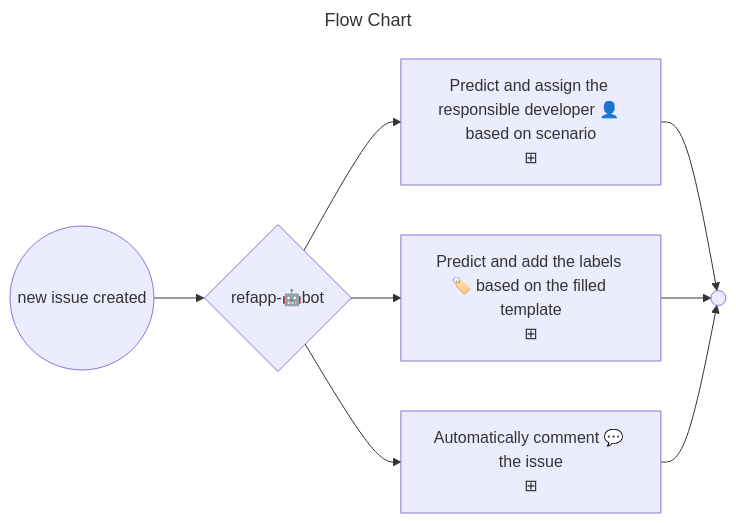
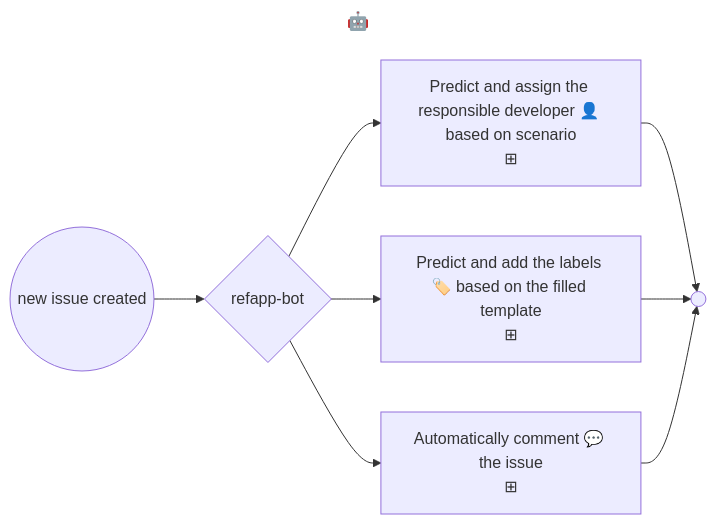
Before and after one commit to ejazsyed/validation-issue: the diagram in README.md, drawn with Mermaid.

Commit message:
issu-bot

````diff
--- a/README.md
+++ b/README.md
@@ -6,13 +6,13 @@
 ```mermaid
 ---
-title: Flow Chart
+title: 🤖
 ---
 flowchart LR
-    start((new issue created)) --> p1{refapp-🤖bot}
+    start((new issue created)) --> p1{refapp-bot}
     p1 --> assignee["Predict and assign the responsible developer 👤 based on scenario\n⊞"]
     p1 --> label["Predict and add the labels 🏷️ based on the filled template\n⊞"]
     p1 --> comment["Automatically comment 💬 the issue\n⊞"]
     assignee --> e1(( ))
     label --> e1
     comment --> e1
 ```
````
